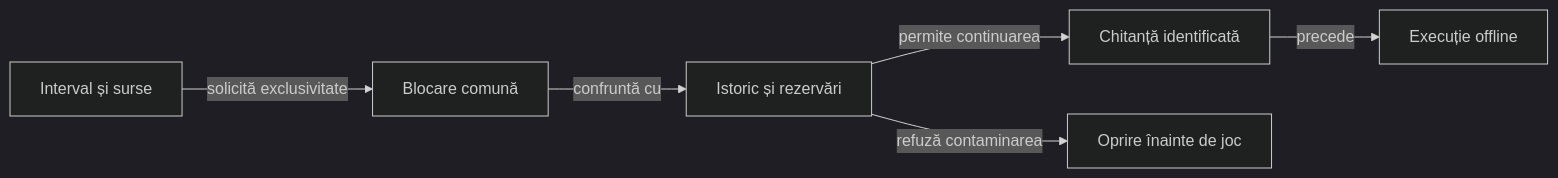
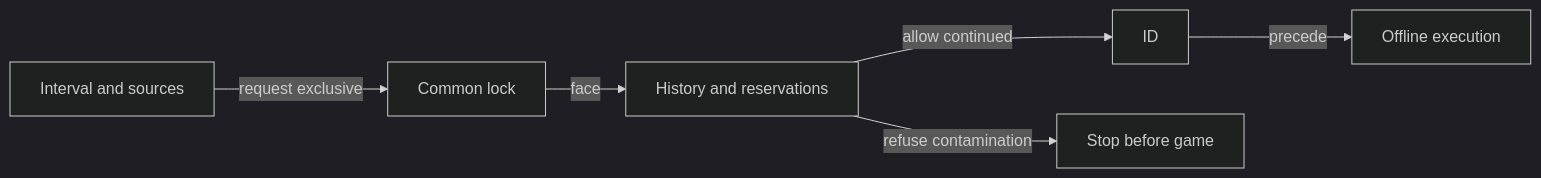
One commit to crististefanita/atf_j4 changed the diagram in docs/learning/ATF_EvaluationRegistry.md. Above: the diagram before and after it, drawn with Mermaid (dark theme). The commit also changed other lines of this file and 122 other files, not shown here.

````diff
--- a/docs/learning/ATF_EvaluationRegistry.md
+++ b/docs/learning/ATF_EvaluationRegistry.md
@@ -11,8 +11,8 @@
 ```mermaid
 flowchart LR
-    REQUEST[Interval și surse] -->|solicită exclusivitate| LOCK[Blocare comună]
-    LOCK -->|confruntă cu| HISTORY[Istoric și rezervări]
-    HISTORY -->|permite continuarea| RECEIPT[Chitanță identificată]
-    HISTORY -->|refuză contaminarea| STOP[Oprire înainte de joc]
-    RECEIPT -->|precede| RUN[Execuție offline]
+    REQUEST[Interval and sources] -->|request exclusive| LOCK[Common lock]
+    LOCK -->|face| HISTORY[History and reservations]
+    HISTORY -->|allow continued| RECEIPT[ID]
+    HISTORY -->|refuse contamination| STOP[Stop before game]
+    RECEIPT -->|precede| RUN[Offline execution]
 ```
````
